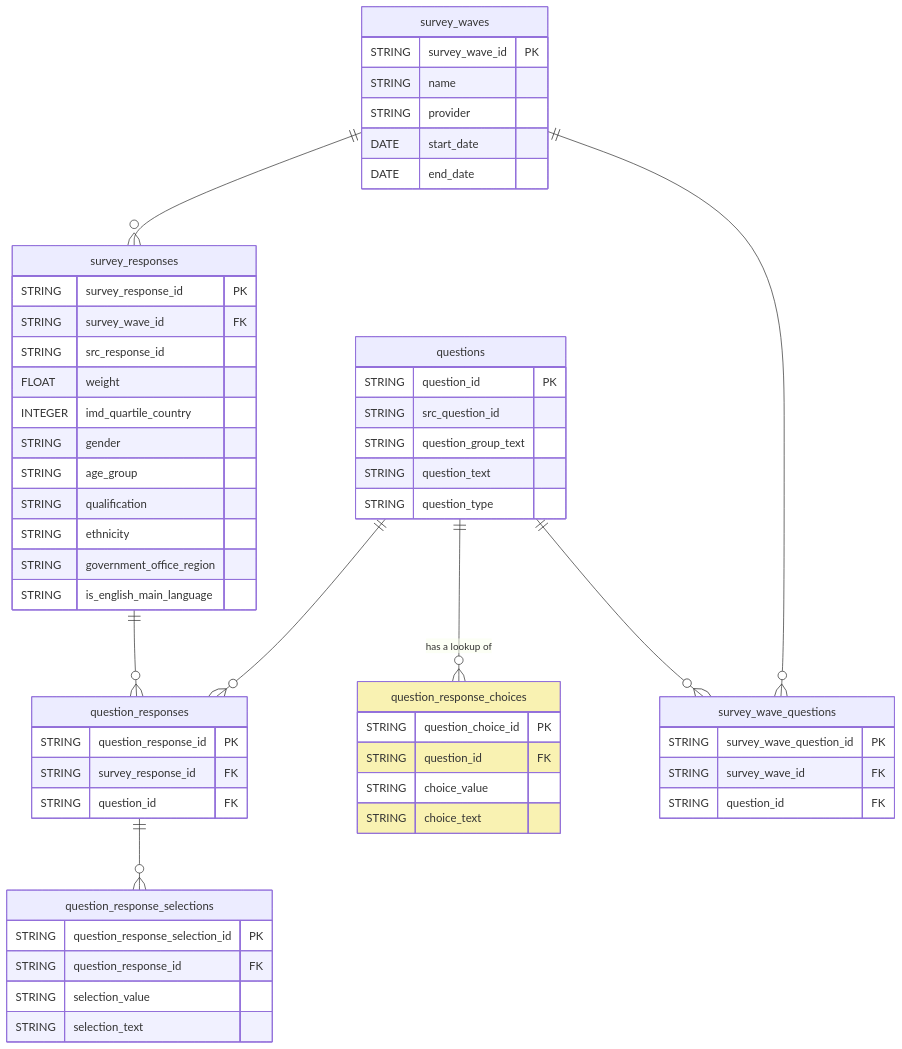
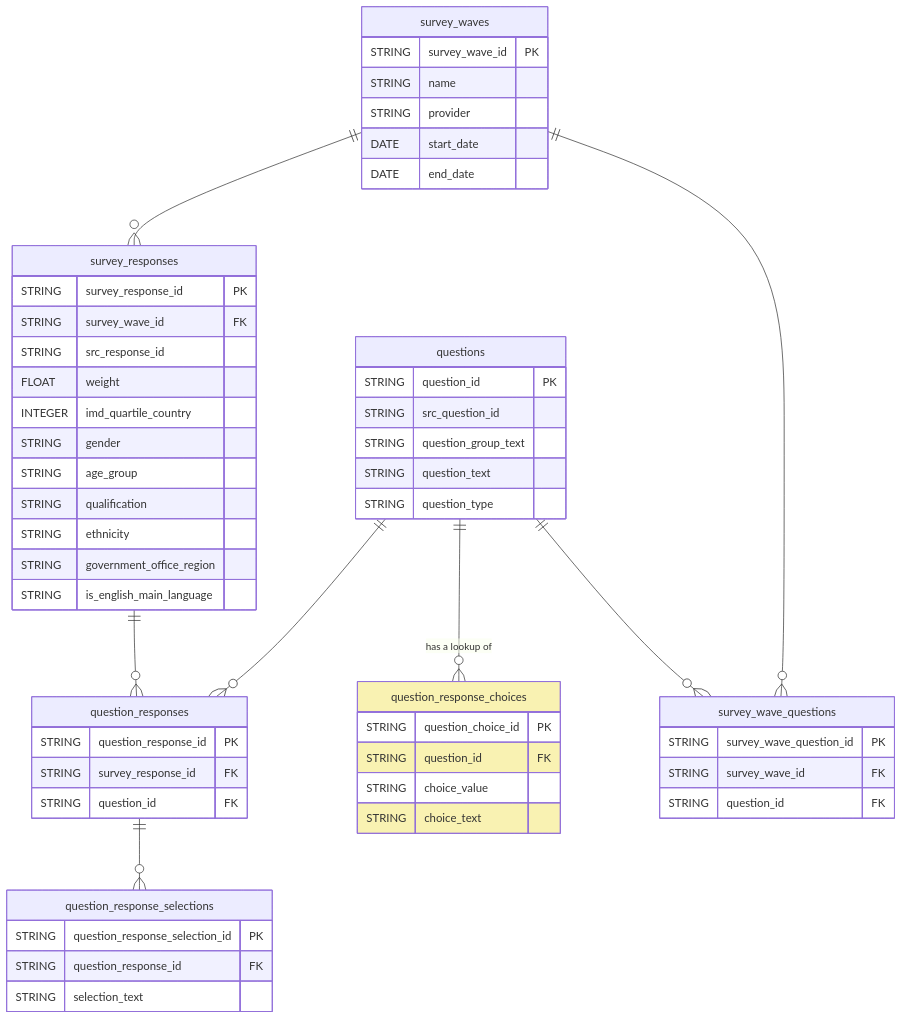
The diagram in README.md (alphagov/govuk-polling-dataform), drawn with Mermaid before and after one commit. The commit also changed 1 other file, not shown here.

Commit message:
remove coded value from response_selections

````diff
--- a/README.md
+++ b/README.md
@@ -13,69 +13,68 @@
 ```mermaid
 erDiagram
     survey_waves {
         STRING survey_wave_id PK
         STRING name
         STRING provider
         DATE start_date
         DATE end_date
     }
 
     survey_responses {
         STRING survey_response_id PK
         STRING survey_wave_id FK
         STRING src_response_id
         FLOAT weight
         INTEGER imd_quartile_country
         STRING gender
         STRING age_group
         STRING qualification
         STRING ethnicity
         STRING government_office_region
         STRING is_english_main_language
     }
 
     question_responses {
         STRING question_response_id PK
         STRING survey_response_id FK
         STRING question_id FK
     }
 
     questions {
         STRING question_id PK
         STRING src_question_id
         STRING question_group_text
         STRING question_text
         STRING question_type
     }
 
     question_response_choices {
         STRING question_choice_id PK
         STRING question_id FK
         STRING choice_value
         STRING choice_text
     }
 
     question_response_selections {
         STRING question_response_selection_id PK
         STRING question_response_id FK
-        STRING selection_value
         STRING selection_text
     }
 
     survey_wave_questions {
         STRING survey_wave_question_id PK
         STRING survey_wave_id FK
         STRING question_id FK
     }
 
     survey_waves ||--o{ survey_responses : ""
     survey_responses ||--o{ question_responses : ""
     question_responses ||--o{ question_response_selections : ""
     questions ||--o{ question_responses : ""
     questions ||--o{ survey_wave_questions : ""
     survey_waves ||--o{ survey_wave_questions : ""
     questions ||--o{ question_response_choices : "has a lookup of"
 
     %% Styling for the question_response_choices table
     style question_response_choices fill:#F9F2B2
 ```
````
